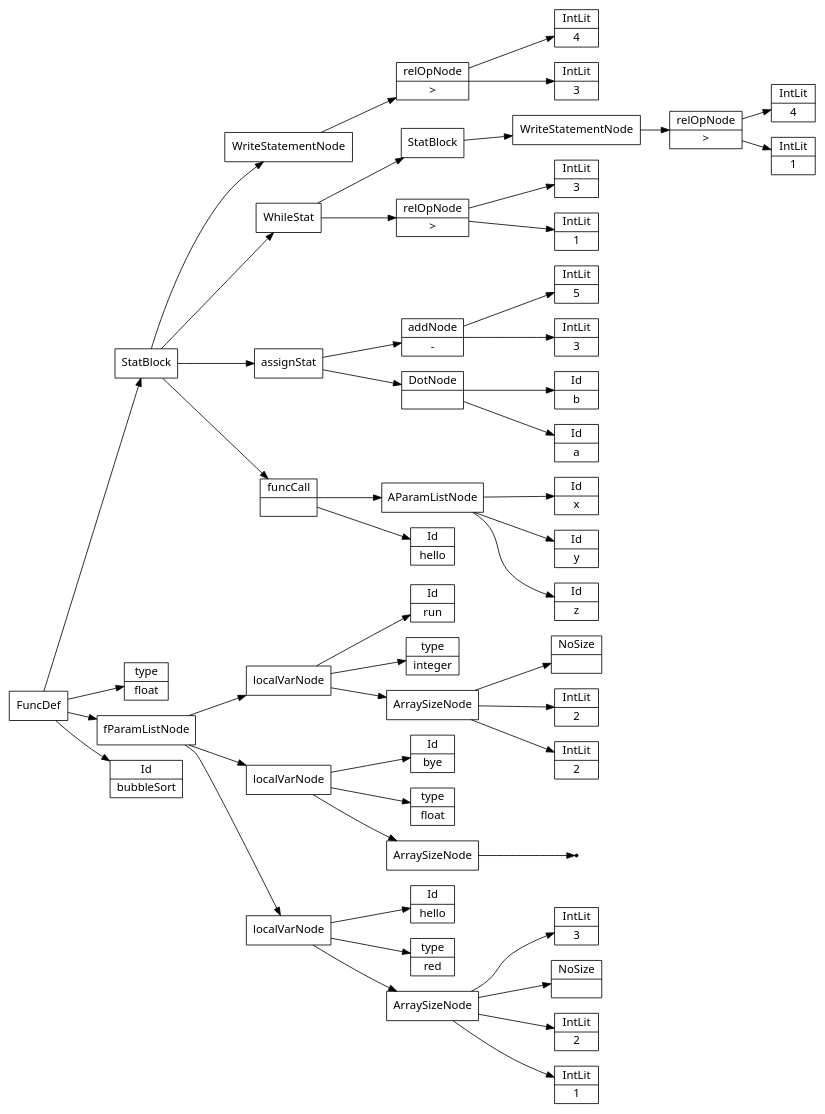
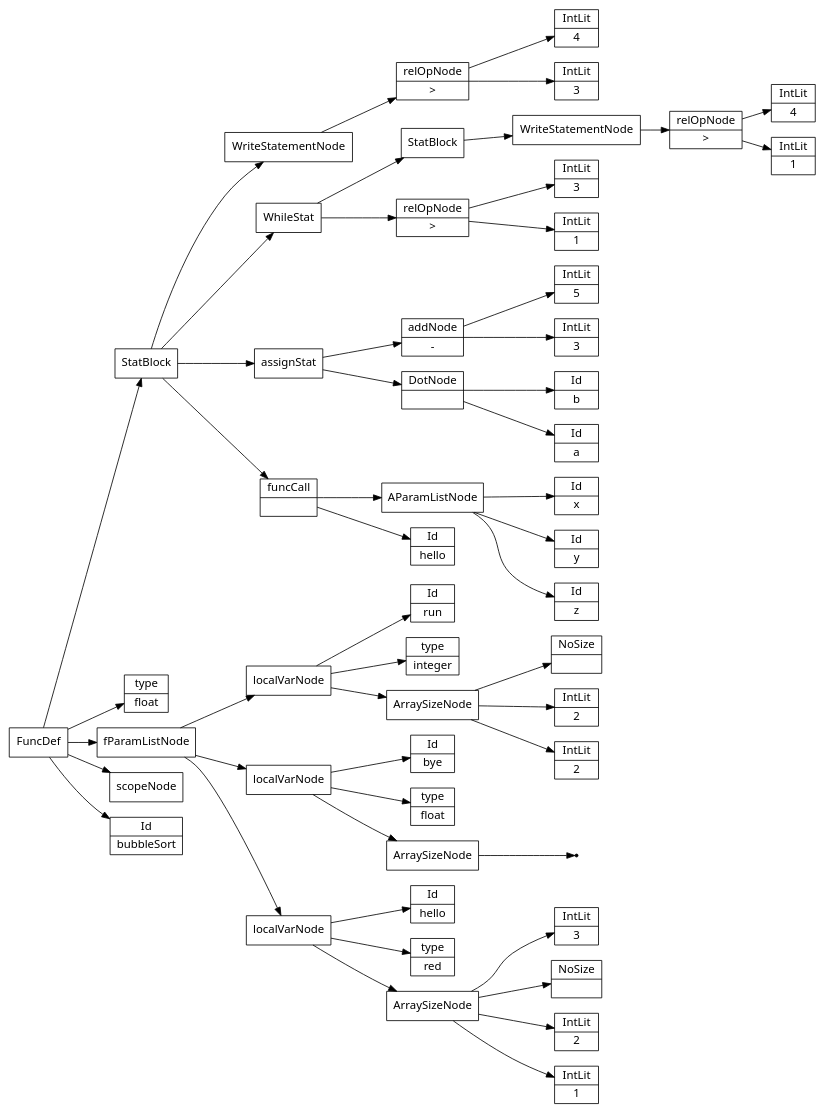
Before and after one commit to Saf1u/Kompiler: the diagram in files/bubbleSort.src.ast.dot, drawn with Graphviz. The commit also changed 1 other file, not shown here.

Commit message:
added scope

```diff
--- a/files/bubbleSort.src.ast.dot
+++ b/files/bubbleSort.src.ast.dot
@@ -1,105 +1,107 @@
 digraph AST {
 node [shape=record];
  node [fontname=Sans];charset="UTF-8" splines=true splines=spline rankdir =LR ordering="out"
 0[label="Id|bubbleSort"];
 2[label="Id|run"];
 3[label="type|integer"];
 5[label="IntLit|2"];
 6[label="IntLit|2"];
 7[label="NoSize|"];
 8[label="ArraySizeNode"];
 8->7;
 8->6;
 8->5;
 9[label="localVarNode"];
 9->2;
 9->3;
 9->8;
 10[label="Id|bye"];
 11[label="type|float"];
 none13[shape="point"];
 14[label="ArraySizeNode"];
 14->none13;
 15[label="localVarNode"];
 15->10;
 15->11;
 15->14;
 16[label="Id|hello"];
 17[label="type|red"];
 19[label="IntLit|1"];
 20[label="IntLit|2"];
 21[label="NoSize|"];
 22[label="IntLit|3"];
 23[label="ArraySizeNode"];
 23->22;
 23->21;
 23->20;
 23->19;
 24[label="localVarNode"];
 24->16;
 24->17;
 24->23;
 25[label="fParamListNode"];
 25->9;
 25->15;
 25->24;
 26[label="type|float"];
 28[label="IntLit|3"];
 29[label="relOpNode|\>"];
 30[label="IntLit|4"];
 29->30;
 29->28;
 31[label="WriteStatementNode"];
 31->29;
 32[label="IntLit|1"];
 33[label="relOpNode|\>"];
 34[label="IntLit|3"];
 33->34;
 33->32;
 36[label="IntLit|1"];
 37[label="relOpNode|\>"];
 38[label="IntLit|4"];
 37->38;
 37->36;
 39[label="WriteStatementNode"];
 39->37;
 40[label="StatBlock"];
 40->39;
 41[label="WhileStat"];
 41->40;
 41->33;
 42[label="Id|a"];
 43[label="Id|b"];
 44[label="DotNode|"];
 44->43;
 44->42;
 45[label="IntLit|3"];
 46[label="addNode|-"];
 47[label="IntLit|5"];
 46->47;
 46->45;
 48[label="assignStat"];
 48->46;
 48->44;
 49[label="Id|hello"];
 51[label="Id|x"];
 52[label="Id|y"];
 53[label="Id|z"];
 54[label="AParamListNode"];
 54->51;
 54->52;
 54->53;
 55[label="funcCall|"];
 55->54;
 55->49;
 56[label="StatBlock"];
 56->31;
 56->41;
 56->48;
 56->55;
 57[label="FuncDef"];
+58[label="scopeNode"];
 57->56;
 57->26;
 57->25;
+57->58;
 57->0;
 }
```
